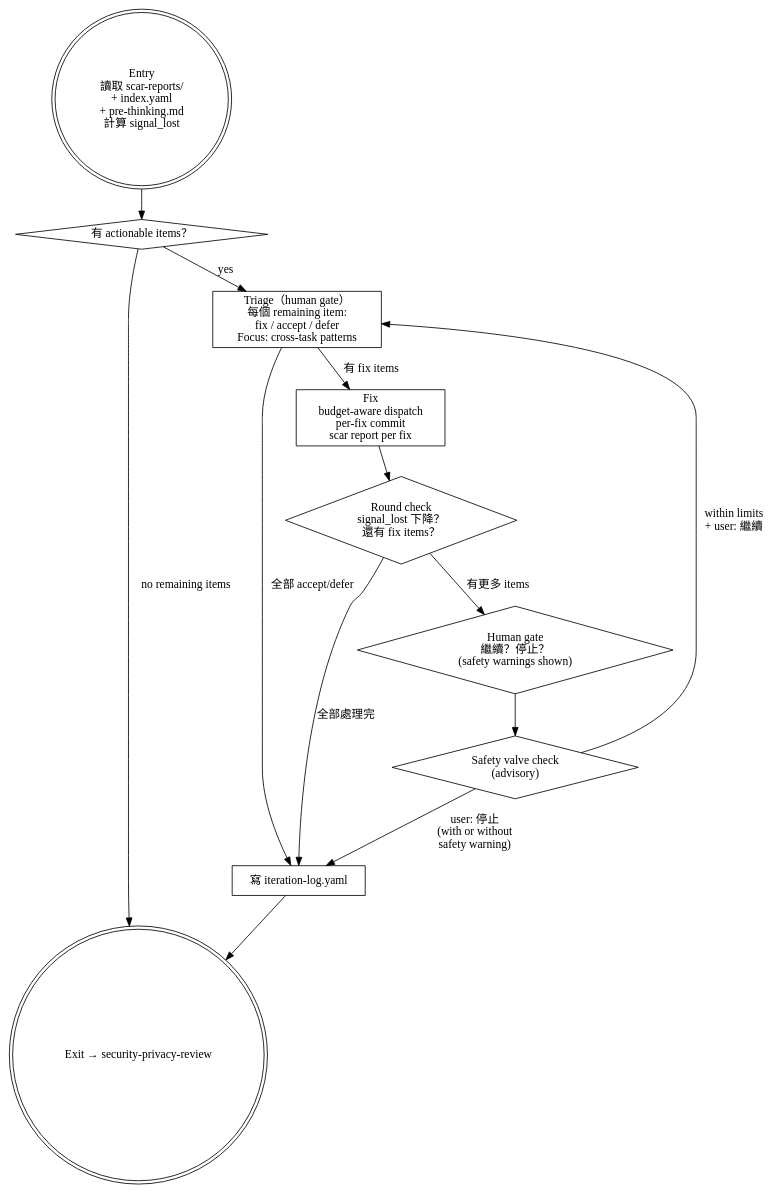
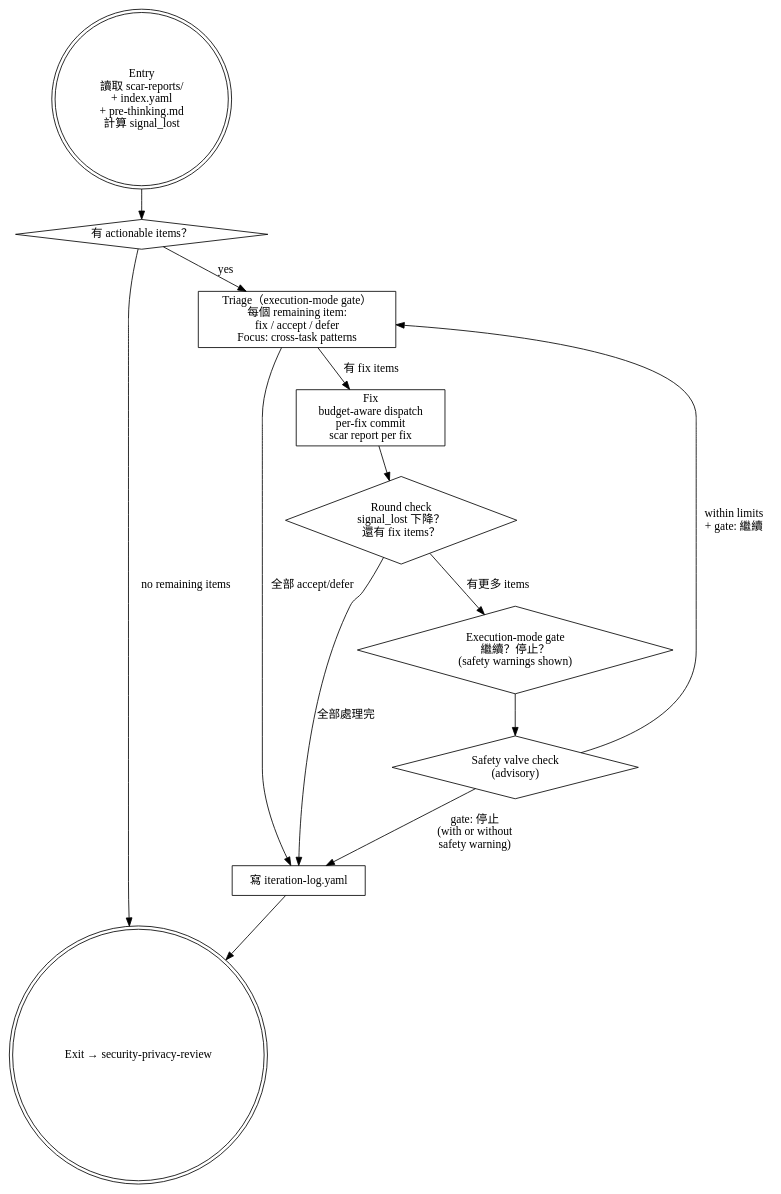
The diagram in skills/iteration/SKILL.md (roymondliao/samsara), drawn with Graphviz before and after one commit. The commit also changed other lines of this file and 66 other files, not shown here.

````diff
--- a/skills/iteration/SKILL.md
+++ b/skills/iteration/SKILL.md
@@ -21,28 +21,28 @@
 ```dot
 digraph iteration {
     node [shape=box];
 
     entry [label="Entry\n讀取 scar-reports/\n+ index.yaml\n+ pre-thinking.md\n計算 signal_lost" shape=doublecircle];
     empty [label="有 actionable items？" shape=diamond];
-    triage [label="Triage（human gate）\n每個 remaining item:\nfix / accept / defer\nFocus: cross-task patterns"];
+    triage [label="Triage（execution-mode gate）\n每個 remaining item:\nfix / accept / defer\nFocus: cross-task patterns"];
     fix [label="Fix\nbudget-aware dispatch\nper-fix commit\nscar report per fix"];
     round_check [label="Round check\nsignal_lost 下降？\n還有 fix items？" shape=diamond];
     safety [label="Safety valve check\n(advisory)" shape=diamond];
-    gate [label="Human gate\n繼續？停止？\n(safety warnings shown)" shape=diamond];
+    gate [label="Execution-mode gate\n繼續？停止？\n(safety warnings shown)" shape=diamond];
     log [label="寫 iteration-log.yaml"];
     exit [label="Exit → security-privacy-review" shape=doublecircle];
 
     entry -> empty;
     empty -> triage [label="yes"];
     empty -> exit [label="no remaining items"];
     triage -> fix [label="有 fix items"];
     triage -> log [label="全部 accept/defer"];
     fix -> round_check;
     round_check -> gate [label="有更多 items"];
     round_check -> log [label="全部處理完"];
     gate -> safety;
-    safety -> triage [label="within limits\n+ user: 繼續"];
-    safety -> log [label="user: 停止\n(with or without\nsafety warning)"];
+    safety -> triage [label="within limits\n+ gate: 繼續"];
+    safety -> log [label="gate: 停止\n(with or without\nsafety warning)"];
     log -> exit;
 }
 ```
````
